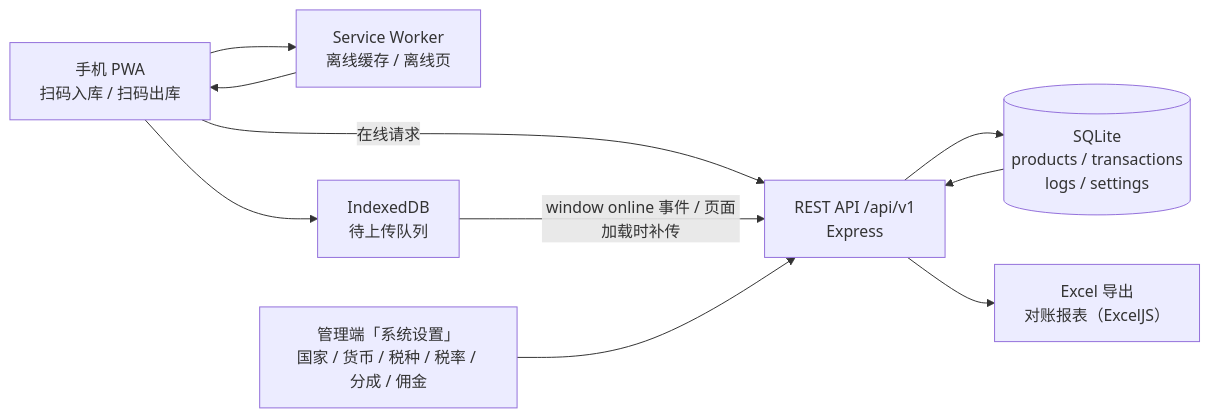
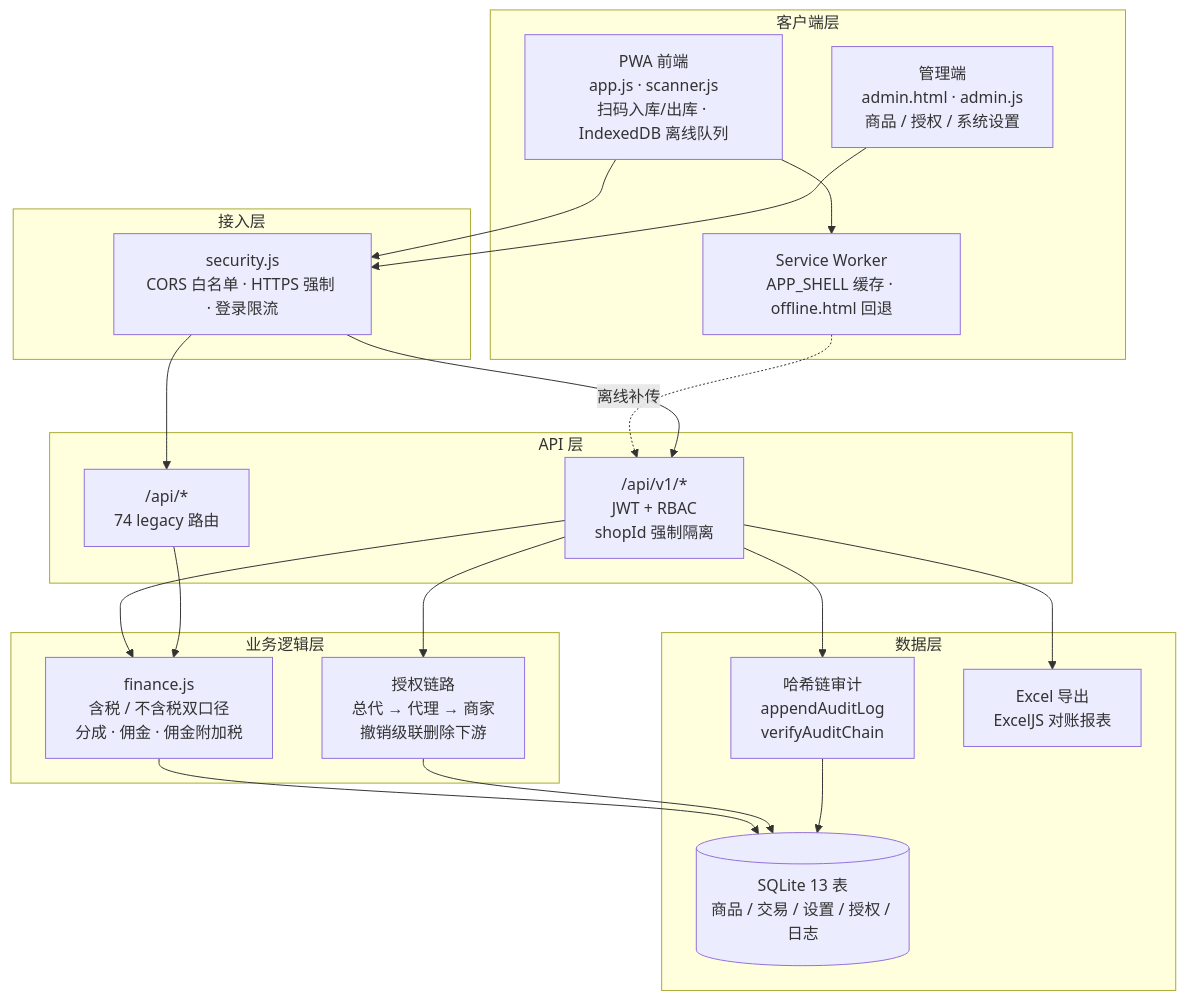
The first of 2 diagrams in docs/architecture.md (olise366oi/stockverify), drawn with Mermaid before and after one commit. The commit also changed other lines of this file, not shown here.

Commit message:
docs(architecture): 升级总体架构图至 v0.3.4，补安全层/授权链路/审计链

````diff
--- a/docs/architecture.md
+++ b/docs/architecture.md
@@ -8,12 +8,43 @@
 ```mermaid
-flowchart LR
-    PWA["手机 PWA<br/>扫码入库 / 扫码出库"] -->|在线请求| API["REST API /api/v1<br/>Express"]
-    PWA --> SW["Service Worker<br/>离线缓存 / 离线页"]
-    PWA --> IDB["IndexedDB<br/>待上传队列"]
-    SW --> PWA
-    IDB -->|"window online 事件 / 页面加载时补传"| API
-    API --> DB[("SQLite<br/>products / transactions<br/>logs / settings")]
-    API --> XLS["Excel 导出<br/>对账报表（ExcelJS）"]
-    ADMIN["管理端「系统设置」<br/>国家 / 货币 / 税种 / 税率 / 分成 / 佣金"] --> API
-    DB --> API
+flowchart TD
+    subgraph Client["客户端层"]
+        PWA["PWA 前端<br/>app.js · scanner.js<br/>扫码入库/出库 · IndexedDB 离线队列"]
+        ADM["管理端<br/>admin.html · admin.js<br/>商品 / 授权 / 系统设置"]
+        SW["Service Worker<br/>APP_SHELL 缓存 · offline.html 回退"]
+    end
+
+    subgraph Access["接入层"]
+        Sec["security.js<br/>CORS 白名单 · HTTPS 强制 · 登录限流"]
+    end
+
+    subgraph API["API 层"]
+        V1["/api/v1/*<br/>JWT + RBAC<br/>shopId 强制隔离"]
+        Legacy["/api/*<br/>74 legacy 路由"]
+    end
+
+    subgraph Logic["业务逻辑层"]
+        Fin["finance.js<br/>含税 / 不含税双口径<br/>分成 · 佣金 · 佣金附加税"]
+        Auth["授权链路<br/>总代 → 代理 → 商家<br/>撤销级联删除下游"]
+    end
+
+    subgraph Data["数据层"]
+        DB[("SQLite 13 表<br/>商品 / 交易 / 设置 / 授权 / 日志")]
+        Audit["哈希链审计<br/>appendAuditLog<br/>verifyAuditChain"]
+        XLS["Excel 导出<br/>ExcelJS 对账报表"]
+    end
+
+    PWA --> SW
+    PWA --> Sec
+    ADM --> Sec
+    SW -.离线补传.-> V1
+    Sec --> V1
+    Sec --> Legacy
+    V1 --> Fin
+    V1 --> Auth
+    Legacy --> Fin
+    Fin --> DB
+    Auth --> DB
+    V1 --> Audit
+    V1 --> XLS
+    Audit --> DB
 ```
````
